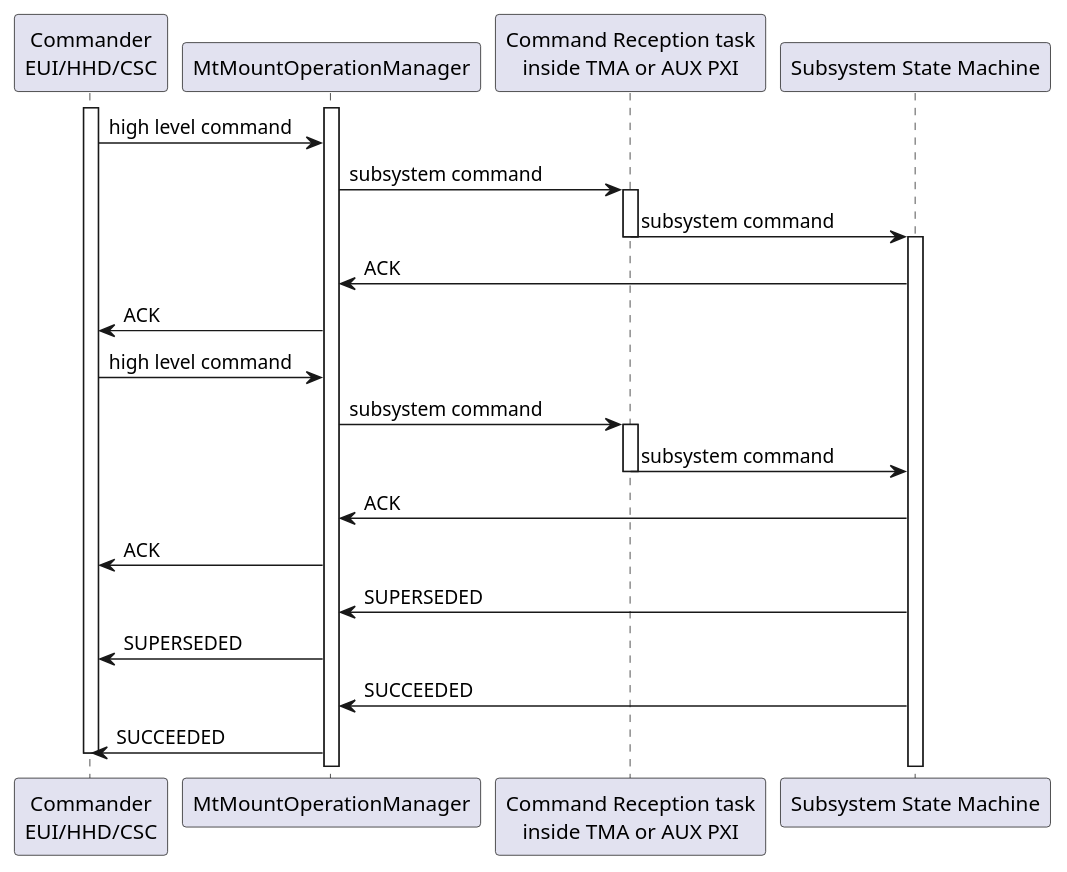
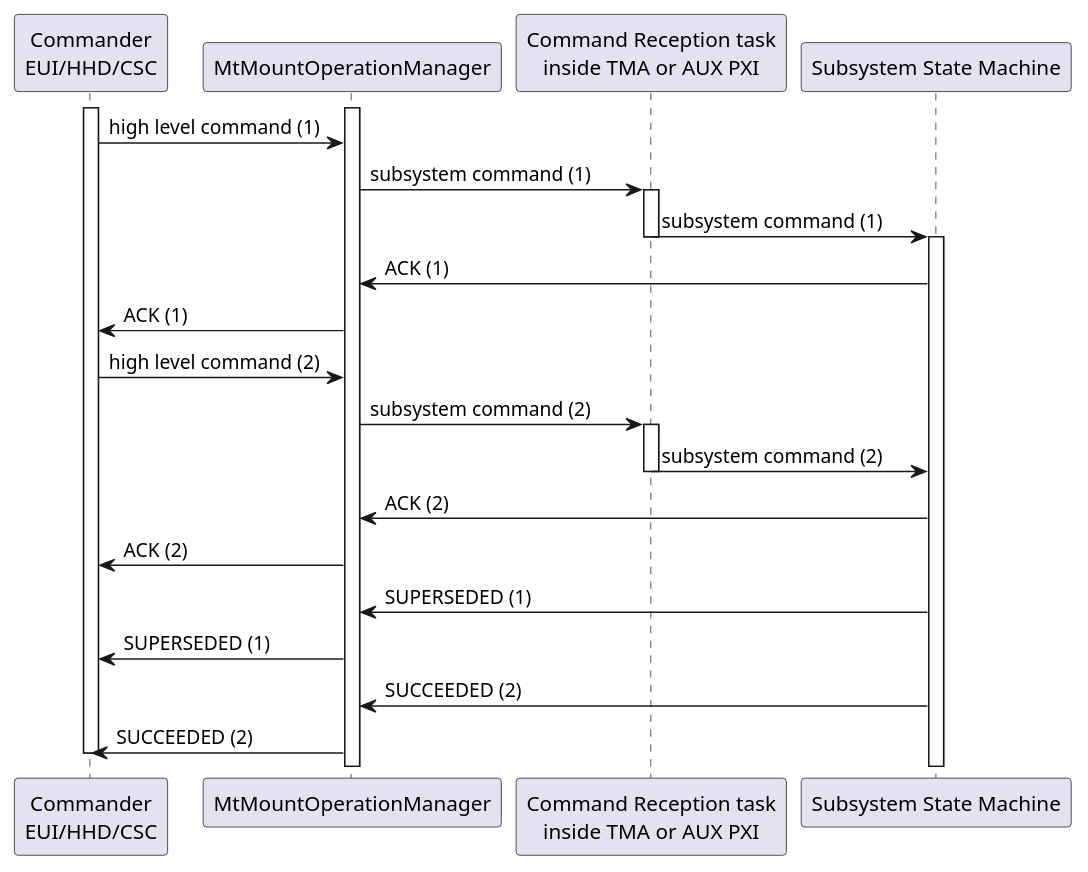
The seventh of 10 diagrams in MCS_SW_Design_Report.md (lsst-ts/ts_tma_tma-documentation_mcs-sw-design), drawn with PlantUML before and after one commit. The commit also changed other lines of this file, not shown here.

````diff
--- a/MCS_SW_Design_Report.md
+++ b/MCS_SW_Design_Report.md
@@ -603,31 +608,31 @@
   ```plantuml
   @startuml
   participant "Commander\nEUI/HHD/CSC" as commander
   participant MtMountOperationManager
   participant "Command Reception task\ninside TMA or AUX PXI" as commandReceptor
   participant "Subsystem State Machine" as subsystem
 
   activate commander
   activate MtMountOperationManager
-  commander -> MtMountOperationManager: high level command
-  MtMountOperationManager -> commandReceptor: subsystem command
+  commander -> MtMountOperationManager: high level command (1)
+  MtMountOperationManager -> commandReceptor: subsystem command (1)
   activate commandReceptor
-  commandReceptor -> subsystem: subsystem command
+  commandReceptor -> subsystem: subsystem command (1)
   deactivate commandReceptor
   activate subsystem
-  subsystem -> MtMountOperationManager: ACK
-  MtMountOperationManager -> commander: ACK
-  commander -> MtMountOperationManager: high level command
-  MtMountOperationManager -> commandReceptor: subsystem command
+  subsystem -> MtMountOperationManager: ACK (1)
+  MtMountOperationManager -> commander: ACK (1)
+  commander -> MtMountOperationManager: high level command (2)
+  MtMountOperationManager -> commandReceptor: subsystem command (2)
   activate commandReceptor
-  commandReceptor -> subsystem: subsystem command
+  commandReceptor -> subsystem: subsystem command (2)
   deactivate commandReceptor
-  subsystem -> MtMountOperationManager: ACK
-  MtMountOperationManager -> commander: ACK
-  subsystem -> MtMountOperationManager: SUPERSEDED
-  MtMountOperationManager -> commander: SUPERSEDED
-  subsystem -> MtMountOperationManager: SUCCEEDED
-  MtMountOperationManager -> commander: SUCCEEDED
+  subsystem -> MtMountOperationManager: ACK (2)
+  MtMountOperationManager -> commander: ACK (2)
+  subsystem -> MtMountOperationManager: SUPERSEDED (1)
+  MtMountOperationManager -> commander: SUPERSEDED (1)
+  subsystem -> MtMountOperationManager: SUCCEEDED (2)
+  MtMountOperationManager -> commander: SUCCEEDED (2)
   deactivate commander
   @enduml
   ```
````
